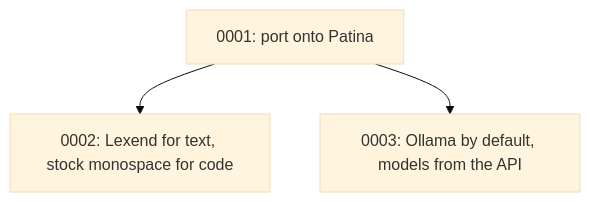
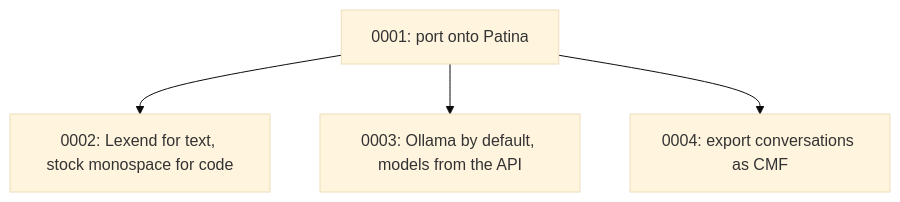
The diagram in docs/adr/README.md (Sector-F-Labs/md-chat), drawn with Mermaid (base theme) before and after one commit. The commit also changed other lines of this file and 10 other files, not shown here.

First line of the commit message:
Export the conversation as CMF

````diff
--- a/docs/adr/README.md
+++ b/docs/adr/README.md
@@ -51,5 +52,6 @@
 ```mermaid
 flowchart TD
     A[0001: port onto Patina] --> B[0002: Lexend for text, stock monospace for code]
     A --> C[0003: Ollama by default, models from the API]
+    A --> D[0004: export conversations as CMF]
 ```
````
